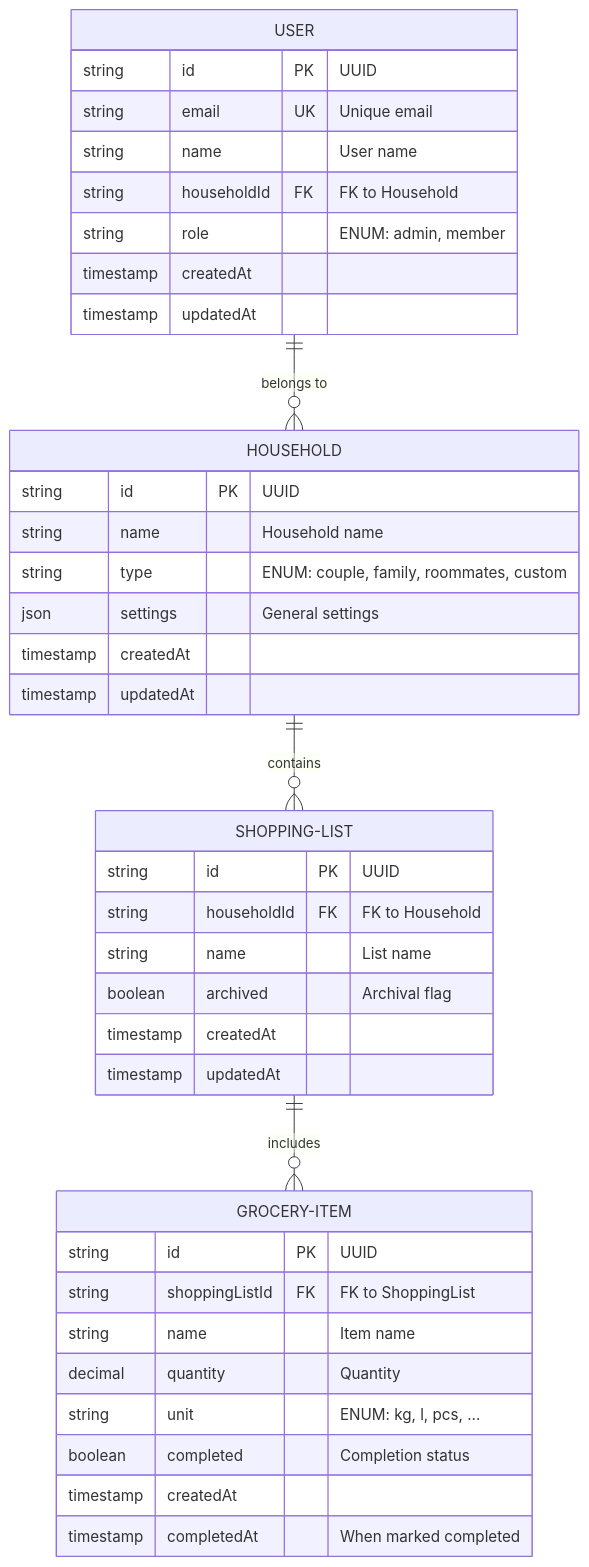
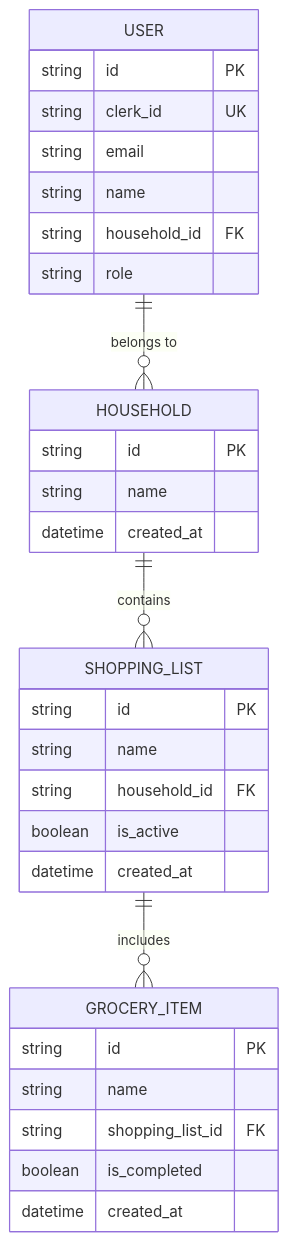
The diagram in docs/domain-model.md (antoniorepaci/HomeManager), drawn with Mermaid before and after one commit. The commit also changed other lines of this file and 1 other file, not shown here.

````diff
--- a/docs/domain-model.md
+++ b/docs/domain-model.md
@@ -11,45 +16,37 @@
 ```mermaid
 erDiagram
     USER ||--o{ HOUSEHOLD : "belongs to"
-    HOUSEHOLD ||--o{ SHOPPING-LIST : "contains"
-    SHOPPING-LIST ||--o{ GROCERY-ITEM : "includes"
+    HOUSEHOLD ||--o{ SHOPPING_LIST : "contains"
+    SHOPPING_LIST ||--o{ GROCERY_ITEM : "includes"
     
     USER {
-        string id PK "UUID"
-        string email UK "Unique email"
-        string name "User name"
-        string householdId FK "FK to Household"
-        string role "ENUM: admin, member"
-        timestamp createdAt
-        timestamp updatedAt
+        string id PK
+        string clerk_id UK
+        string email
+        string name
+        string household_id FK
+        string role
     }
     
     HOUSEHOLD {
-        string id PK "UUID"
-        string name "Household name"
-        string type "ENUM: couple, family, roommates, custom"
-        json settings "General settings"
-        timestamp createdAt
-        timestamp updatedAt
+        string id PK
+        string name
+        datetime created_at
     }
     
-    SHOPPING-LIST {
-        string id PK "UUID"
-        string householdId FK "FK to Household"
-        string name "List name"
-        boolean archived "Archival flag"
-        timestamp createdAt
-        timestamp updatedAt
+    SHOPPING_LIST {
+        string id PK
+        string name
+        string household_id FK
+        boolean is_active
+        datetime created_at
     }
     
-    GROCERY-ITEM {
-        string id PK "UUID"
-        string shoppingListId FK "FK to ShoppingList"
-        string name "Item name"
-        decimal quantity "Quantity"
-        string unit "ENUM: kg, l, pcs, ..."
-        boolean completed "Completion status"
-        timestamp createdAt
-        timestamp completedAt "When marked completed"
+    GROCERY_ITEM {
+        string id PK
+        string name
+        string shopping_list_id FK
+        boolean is_completed
+        datetime created_at
     }
 ```
````
